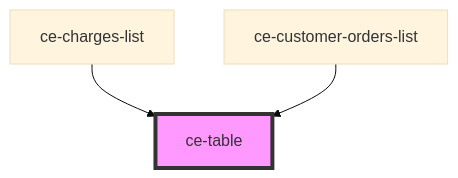
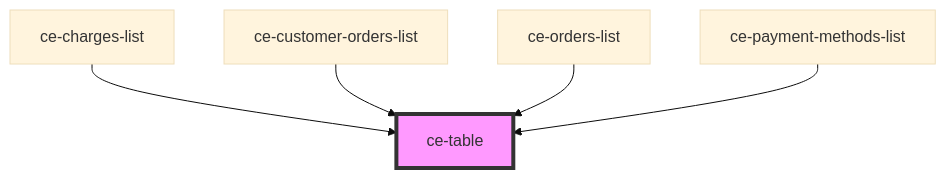
Before and after one commit to surecart/surecart-wp-plugin: the diagram in packages/components/src/components/ui/table/readme.md, drawn with Mermaid (base theme). The commit also changed other lines of this file and 162 other files, not shown here.

````diff
--- a/packages/components/src/components/ui/table/readme.md
+++ b/packages/components/src/components/ui/table/readme.md
@@ -16,6 +18,8 @@
 ```mermaid
 graph TD;
   ce-charges-list --> ce-table
   ce-customer-orders-list --> ce-table
+  ce-orders-list --> ce-table
+  ce-payment-methods-list --> ce-table
   style ce-table fill:#f9f,stroke:#333,stroke-width:4px
 ```
````
